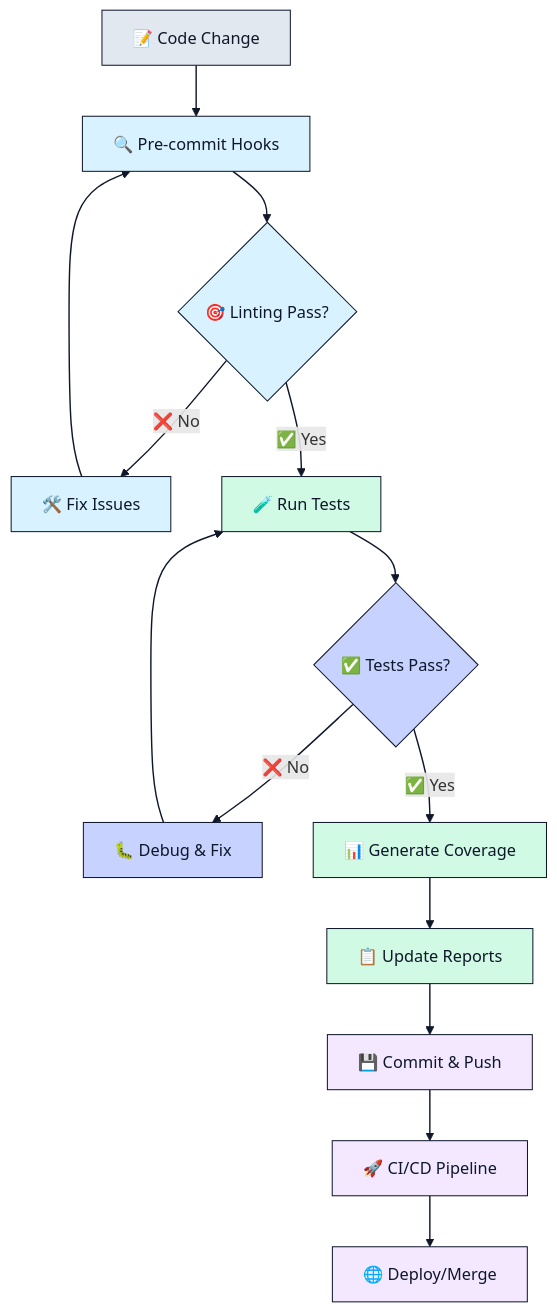
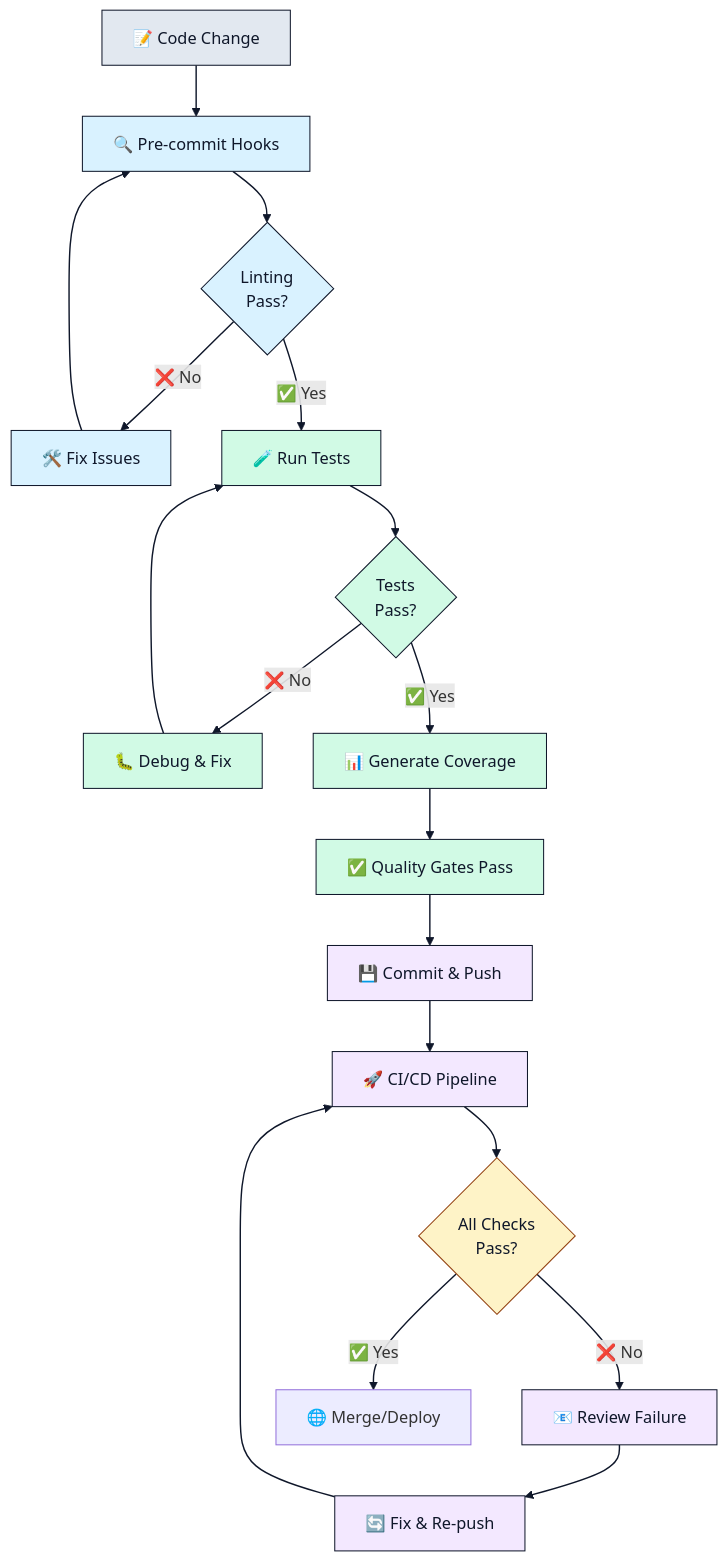
The third of 4 diagrams in README.md (lightspeedwp/.github), drawn with Mermaid before and after one commit. The commit also changed other lines of this file, not shown here.

````diff
--- a/README.md
+++ b/README.md
@@ -281,41 +274,41 @@
 ```mermaid
 flowchart TD
-accTitle: "Development workflow process"
-accDescr {
-  The diagram shows code changes entering pre-commit hooks, passing lint/test stages, generating coverage, and finally pushing through CI/CD and deployment.
-}
-    A[📝 Code Change] --> B[🔍 Pre-commit Hooks]
-    B --> C{🎯 Linting Pass?}
-    C -->|❌ No| D[🛠️ Fix Issues]
-    D --> B
-    C -->|✅ Yes| E[🧪 Run Tests]
-    E --> F{✅ Tests Pass?}
-    F -->|❌ No| G[🐛 Debug & Fix]
-    G --> E
-    F -->|✅ Yes| H[📊 Generate Coverage]
-    H --> I[📋 Update Reports]
-    I --> J[💾 Commit & Push]
-    J --> K[🚀 CI/CD Pipeline]
-    K --> L[🌐 Deploy/Merge]
+  accTitle: "Development workflow and quality gates"
+  accDescr {
+    Flowchart showing the path from code changes through pre-commit hooks,
+    linting checks, test suites, coverage validation, and CI/CD pipeline
+    to successful deployment.
+  }
 
-    classDef change fill:#e2e8f0,stroke:#0f172a,color:#0f172a
-    classDef hook fill:#d9f2ff,stroke:#0f172a,color:#0f172a
-    classDef test fill:#d1fae5,stroke:#0f172a,color:#0f172a
-    classDef check fill:#c7d2fe,stroke:#0f172a,color:#0f172a
-    classDef deployment fill:#f3e8ff,stroke:#0f172a,color:#0f172a
+  A["📝 Code Change"] --> B["🔍 Pre-commit Hooks"]
+  B --> C{Linting<br/>Pass?}
+  C -->|❌ No| D["🛠️ Fix Issues"]
+  D --> B
+  C -->|✅ Yes| E["🧪 Run Tests"]
+  E --> F{Tests<br/>Pass?}
+  F -->|❌ No| G["🐛 Debug & Fix"]
+  G --> E
+  F -->|✅ Yes| H["📊 Generate Coverage"]
+  H --> I["✅ Quality Gates Pass"]
+  I --> J["💾 Commit & Push"]
+  J --> K["🚀 CI/CD Pipeline"]
+  K --> L{All Checks<br/>Pass?}
+  L -->|❌ No| M["📧 Review Failure"]
+  M --> N["🔄 Fix & Re-push"]
+  N --> K
+  L -->|✅ Yes| O["🌐 Merge/Deploy"]
 
-    class A change
-    class B hook
-    class C hook
-    class D hook
-    class E test
-    class F check
-    class G check
-    class H test
-    class I test
-    class J deployment
-    class K deployment
-    class L deployment
+  classDef change fill:#e2e8f0,stroke:#0f172a,color:#0f172a
+  classDef validation fill:#d9f2ff,stroke:#0f172a,color:#0f172a
+  classDef test fill:#d1fae5,stroke:#0f172a,color:#0f172a
+  classDef deploy fill:#f3e8ff,stroke:#0f172a,color:#0f172a
+  classDef decision fill:#fef3c7,stroke:#92400e,color:#0f172a
 
-    linkStyle default stroke:#0f172a,stroke-width:1.4px
+  class A change
+  class B,C,D validation
+  class E,F,G,H,I test
+  class J,K,M,N deploy
+  class L decision
+
+  linkStyle default stroke:#0f172a,stroke-width:1.4px
 ```
````
